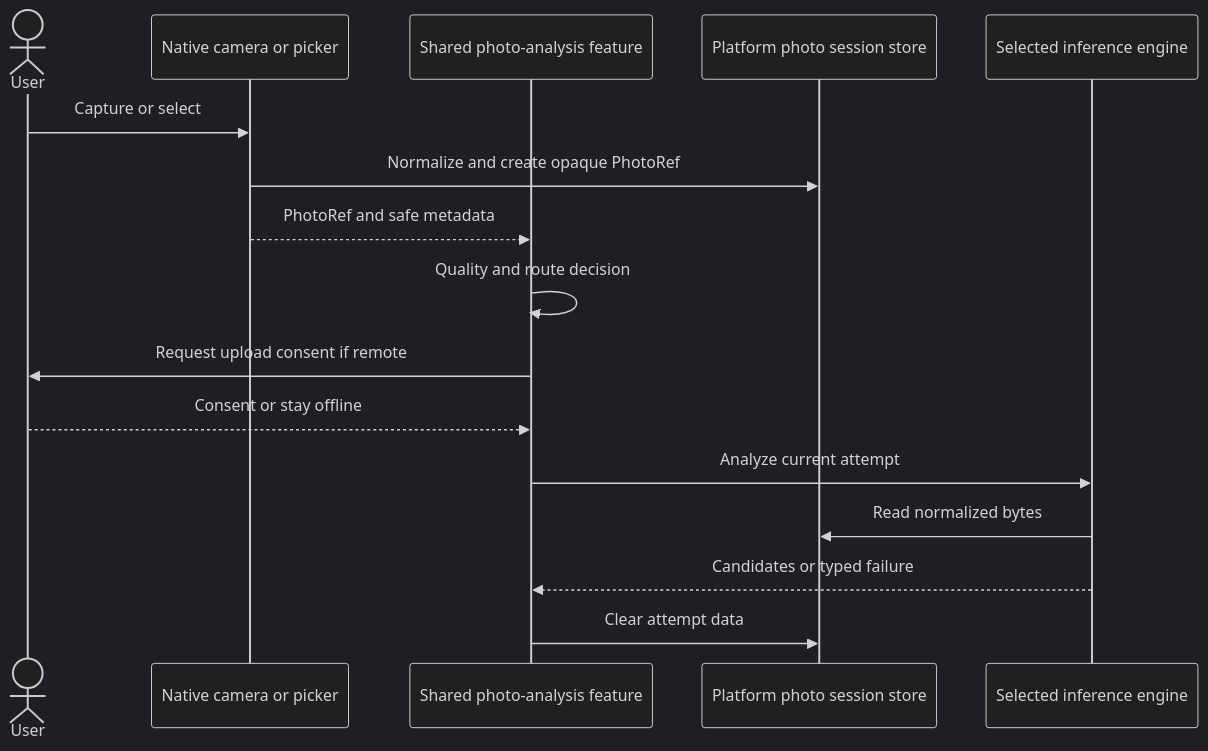
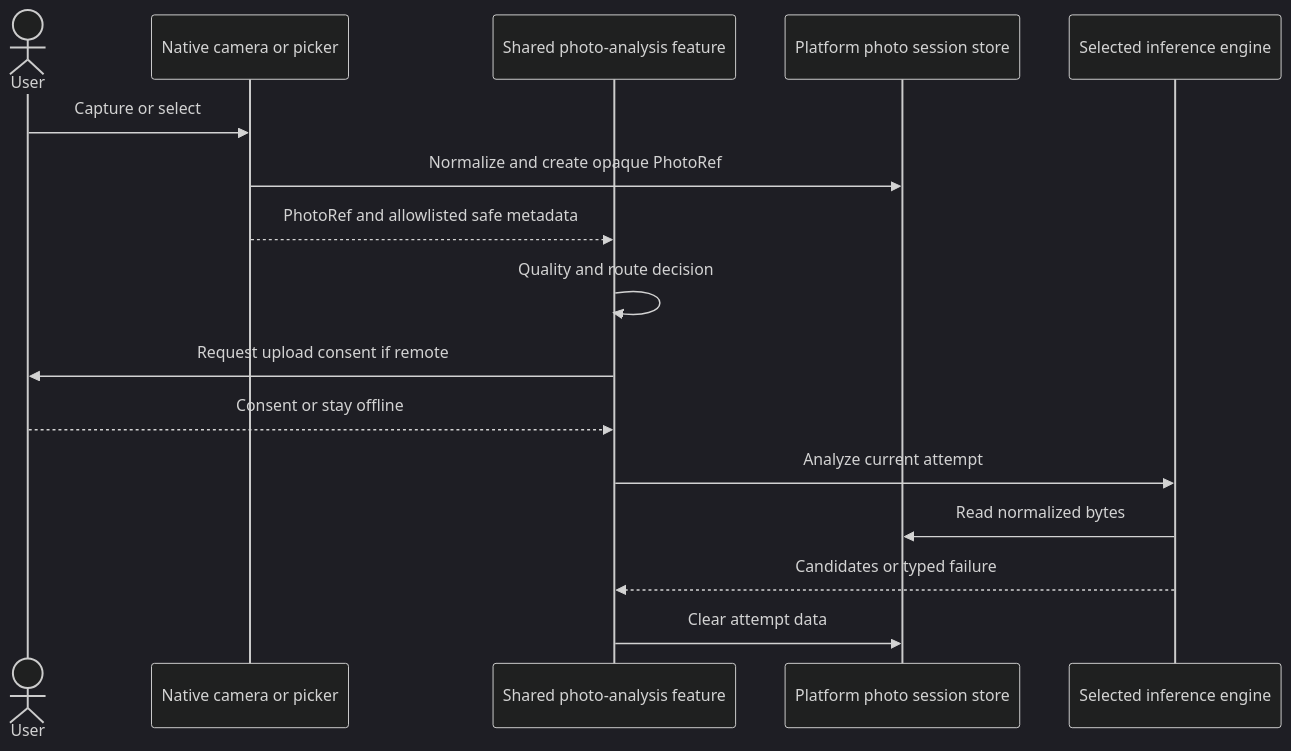
The second of 4 diagrams in _bmad-output/planning-artifacts/architecture/architecture-SuperNutrition-2026-07-26/solution-design.md (ajdevy/SuperNutrition), drawn with Mermaid (dark theme) before and after one commit. The commit also changed other lines of this file and 12 other files, not shown here.

````diff
--- a/_bmad-output/planning-artifacts/architecture/architecture-SuperNutrition-2026-07-26/solution-design.md
+++ b/_bmad-output/planning-artifacts/architecture/architecture-SuperNutrition-2026-07-26/solution-design.md
@@ -159,19 +160,19 @@
 ```mermaid
 sequenceDiagram
     actor User
     participant Native as Native camera or picker
     participant Feature as Shared photo-analysis feature
     participant Store as Platform photo session store
     participant Engine as Selected inference engine
 
     User->>Native: Capture or select
     Native->>Store: Normalize and create opaque PhotoRef
-    Native-->>Feature: PhotoRef and safe metadata
+    Native-->>Feature: PhotoRef and allowlisted safe metadata
     Feature->>Feature: Quality and route decision
     Feature->>User: Request upload consent if remote
     User-->>Feature: Consent or stay offline
     Feature->>Engine: Analyze current attempt
     Engine->>Store: Read normalized bytes
     Engine-->>Feature: Candidates or typed failure
     Feature->>Store: Clear attempt data
 ```
````
